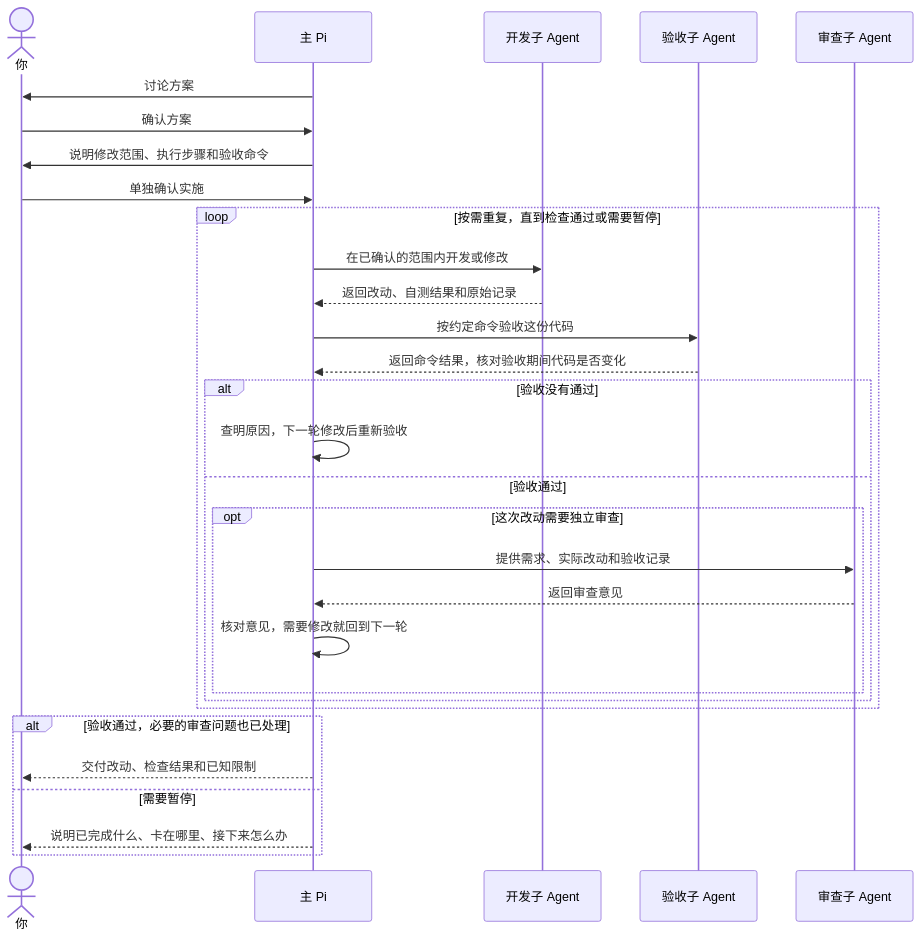
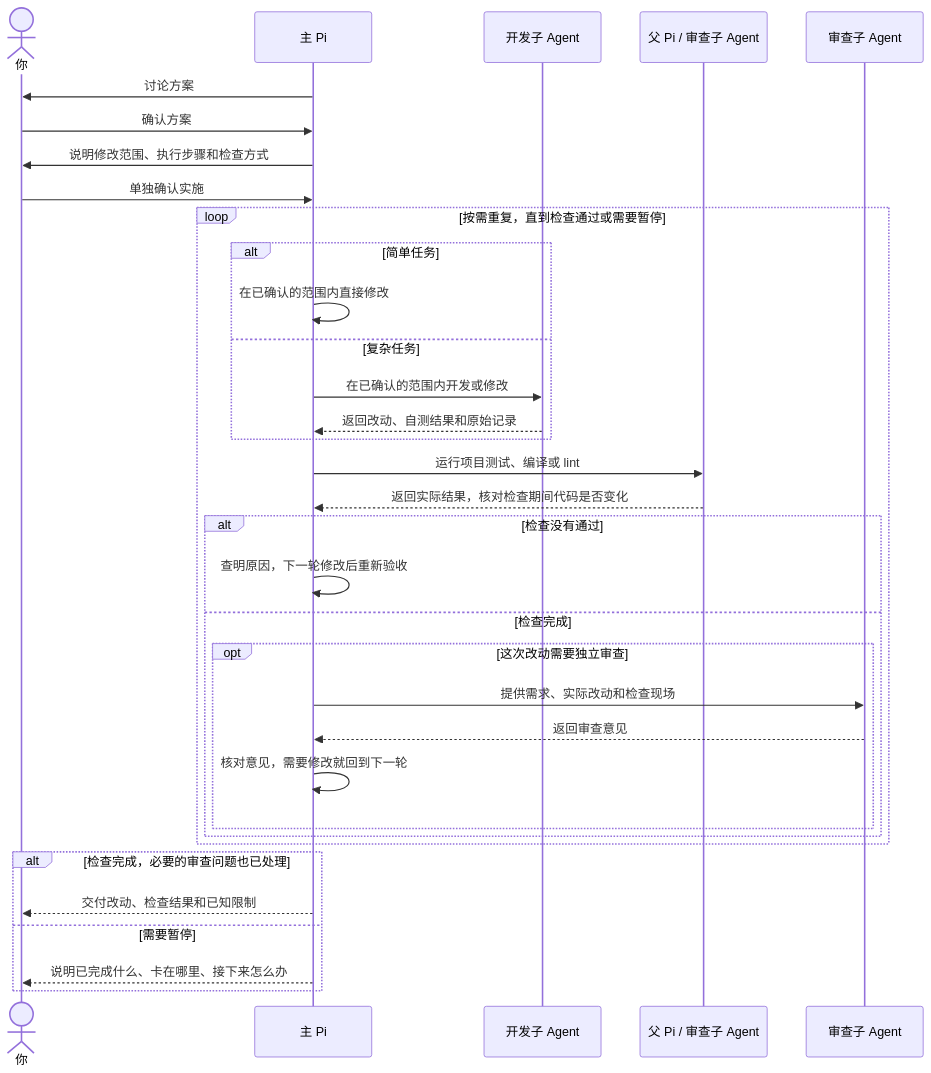
One commit to small-xiexu/pi-adaptive-delivery changed the second of 2 diagrams in README.md. Above: the diagram before and after it, drawn with Mermaid. The commit also changed other lines of this file and 33 other files, not shown here.

````diff
--- a/README.md
+++ b/README.md
@@ -96,32 +96,36 @@
 ```mermaid
 sequenceDiagram
     actor U as 你
     participant P as 主 Pi
     participant D as 开发子 Agent
-    participant V as 验收子 Agent
+    participant V as 父 Pi / 审查子 Agent
     participant R as 审查子 Agent
     P->>U: 讨论方案
     U->>P: 确认方案
-    P->>U: 说明修改范围、执行步骤和验收命令
+    P->>U: 说明修改范围、执行步骤和检查方式
     U->>P: 单独确认实施
     loop 按需重复，直到检查通过或需要暂停
-        P->>D: 在已确认的范围内开发或修改
-        D-->>P: 返回改动、自测结果和原始记录
-        P->>V: 按约定命令验收这份代码
-        V-->>P: 返回命令结果，核对验收期间代码是否变化
-        alt 验收没有通过
+        alt 简单任务
+            P->>P: 在已确认的范围内直接修改
+        else 复杂任务
+            P->>D: 在已确认的范围内开发或修改
+            D-->>P: 返回改动、自测结果和原始记录
+        end
+        P->>V: 运行项目测试、编译或 lint
+        V-->>P: 返回实际结果，核对检查期间代码是否变化
+        alt 检查没有通过
             P->>P: 查明原因，下一轮修改后重新验收
-        else 验收通过
+        else 检查完成
             opt 这次改动需要独立审查
-                P->>R: 提供需求、实际改动和验收记录
+                P->>R: 提供需求、实际改动和检查现场
                 R-->>P: 返回审查意见
                 P->>P: 核对意见，需要修改就回到下一轮
             end
         end
     end
-    alt 验收通过，必要的审查问题也已处理
+    alt 检查完成，必要的审查问题也已处理
         P-->>U: 交付改动、检查结果和已知限制
     else 需要暂停
         P-->>U: 说明已完成什么、卡在哪里、接下来怎么办
     end
 ```
````
